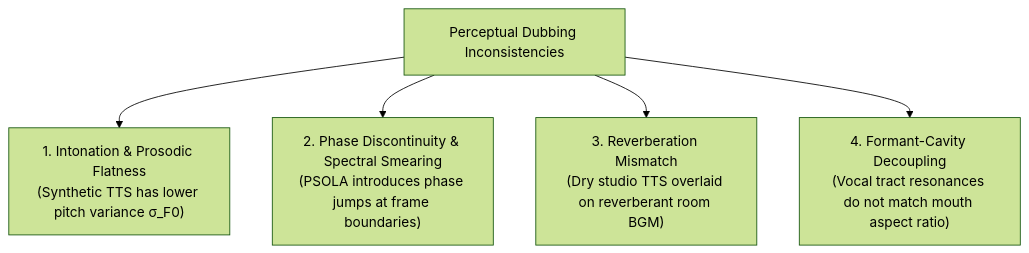
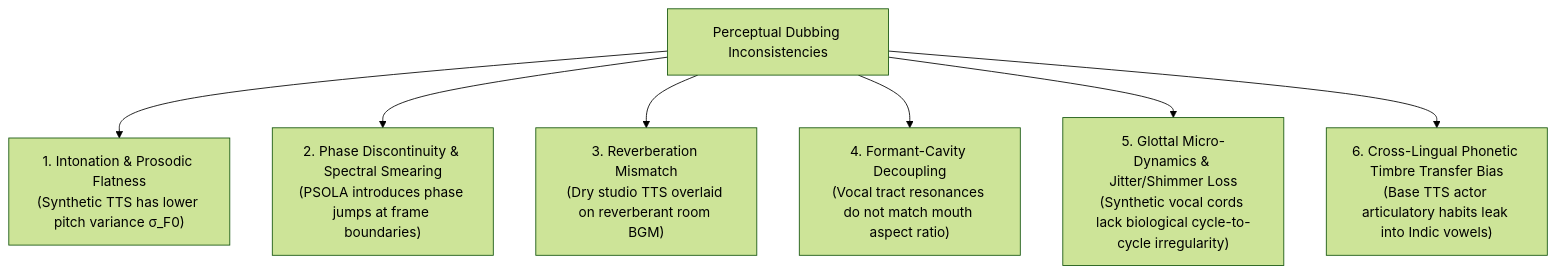
The second of 4 diagrams in LipSync_Babin/REPORT.md (Babin123456/Nativox), drawn with Mermaid (forest theme) before and after one commit. The commit also changed other lines of this file, not shown here.

````diff
--- a/LipSync_Babin/REPORT.md
+++ b/LipSync_Babin/REPORT.md
@@ -259,8 +259,10 @@
 ```mermaid
 flowchart TD
     Issue["Perceptual Dubbing Inconsistencies"]
     Issue --> P1["1. Intonation & Prosodic Flatness<br/>(Synthetic TTS has lower pitch variance σ_F0)"]
     Issue --> P2["2. Phase Discontinuity & Spectral Smearing<br/>(PSOLA introduces phase jumps at frame boundaries)"]
     Issue --> P3["3. Reverberation Mismatch<br/>(Dry studio TTS overlaid on reverberant room BGM)"]
     Issue --> P4["4. Formant-Cavity Decoupling<br/>(Vocal tract resonances do not match mouth aspect ratio)"]
+    Issue --> P5["5. Glottal Micro-Dynamics & Jitter/Shimmer Loss<br/>(Synthetic vocal cords lack biological cycle-to-cycle irregularity)"]
+    Issue --> P6["6. Cross-Lingual Phonetic Timbre Transfer Bias<br/>(Base TTS actor articulatory habits leak into Indic vowels)"]
 ```
````
